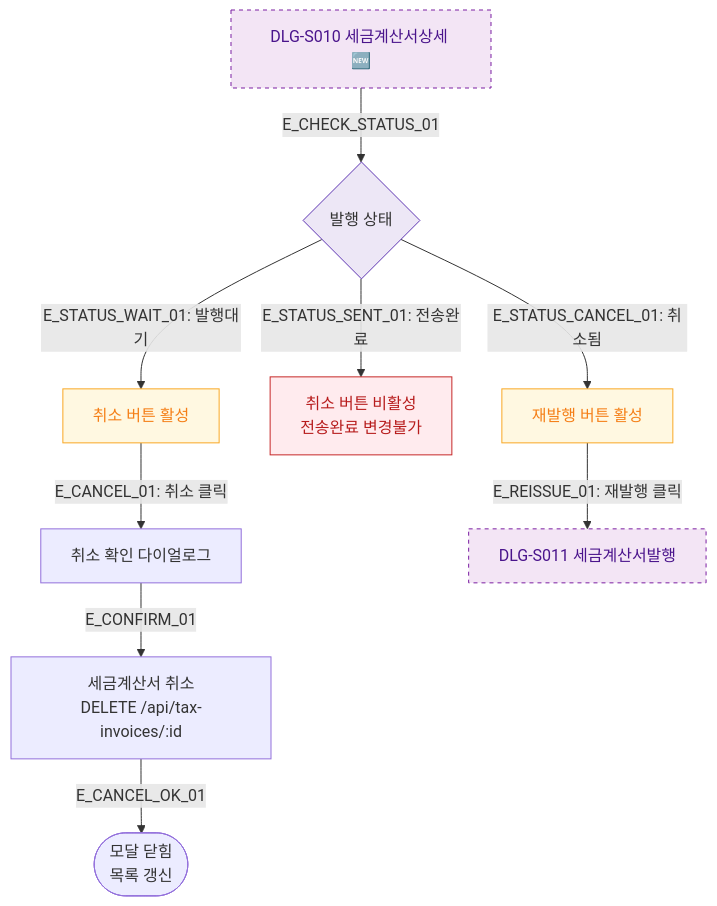
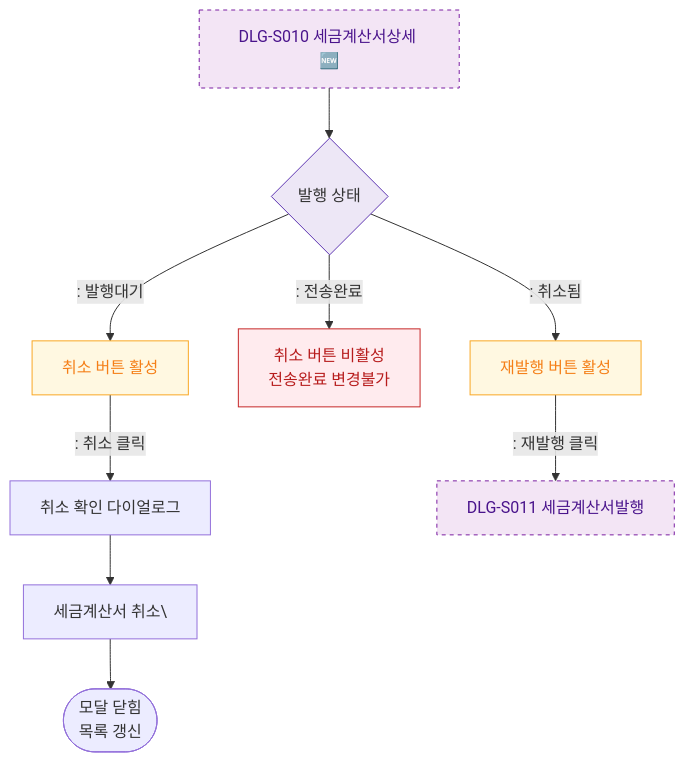
Before and after one commit to dev-spogym/admin-pando: the diagram in docs/다이어그램/D03_매출관리/DLG-S010_세금계산서상세/M3_결과분기.md, drawn with Mermaid. The commit also changed other lines of this file and 1660 other files, not shown here.

First line of the commit message:
다이어그램: 기획자/클라이언트 납품본으로 정리

````diff
--- a/docs/다이어그램/D03_매출관리/DLG-S010_세금계산서상세/M3_결과분기.md
+++ b/docs/다이어그램/D03_매출관리/DLG-S010_세금계산서상세/M3_결과분기.md
@@ -20,24 +18,24 @@
 ```mermaid
 flowchart TD
-    DLG_S010[DLG-S010 세금계산서상세 🆕] -->|E_CHECK_STATUS_01| STATUS_CHECK{발행 상태}
+    DLG_S010[DLG-S010 세금계산서상세 🆕] --> STATUS_CHECK{발행 상태}
 
-    STATUS_CHECK -->|"E_STATUS_WAIT_01: 발행대기"| CANCEL_BTN[취소 버튼 활성]
-    STATUS_CHECK -->|"E_STATUS_SENT_01: 전송완료"| SENT_READONLY[취소 버튼 비활성\n전송완료 변경불가]
-    STATUS_CHECK -->|"E_STATUS_CANCEL_01: 취소됨"| REISSUE_BTN[재발행 버튼 활성]
+    STATUS_CHECK -->|": 발행대기"|CANCEL_BTN[취소 버튼 활성]
+    STATUS_CHECK -->|": 전송완료"|SENT_READONLY[취소 버튼 비활성\n전송완료 변경불가]
+    STATUS_CHECK -->|": 취소됨"|REISSUE_BTN[재발행 버튼 활성]
 
-    CANCEL_BTN -->|"E_CANCEL_01: 취소 클릭"| CONFIRM_CANCEL[취소 확인 다이얼로그]
-    REISSUE_BTN -->|"E_REISSUE_01: 재발행 클릭"| DLG_S011[DLG-S011 세금계산서발행]
+    CANCEL_BTN -->|": 취소 클릭"|CONFIRM_CANCEL[취소 확인 다이얼로그]
+    REISSUE_BTN -->|": 재발행 클릭"|DLG_S011[DLG-S011 세금계산서발행]
 
-    CONFIRM_CANCEL -->|E_CONFIRM_01| CANCEL_PROCESS[세금계산서 취소\nDELETE /api/tax-invoices/:id]
-    CANCEL_PROCESS -->|E_CANCEL_OK_01| CLOSED([모달 닫힘\n목록 갱신])
+    CONFIRM_CANCEL --> CANCEL_PROCESS[세금계산서 취소\]
+    CANCEL_PROCESS --> CLOSED([모달 닫힘\n목록 갱신])
 
     classDef newFeature fill:#F3E5F5,stroke:#7B1FA2,color:#4A148C,stroke-dasharray:4 4
     classDef system fill:#EDE7F6,stroke:#5E35B2
     classDef warning fill:#FFF8E1,stroke:#F9A825,color:#F57F17
     classDef error fill:#FFEBEE,stroke:#C62828,color:#B71C1C
 
     class DLG_S010,DLG_S011 newFeature
     class STATUS_CHECK system
     class SENT_READONLY error
     class CANCEL_BTN,REISSUE_BTN warning
 ```
````
